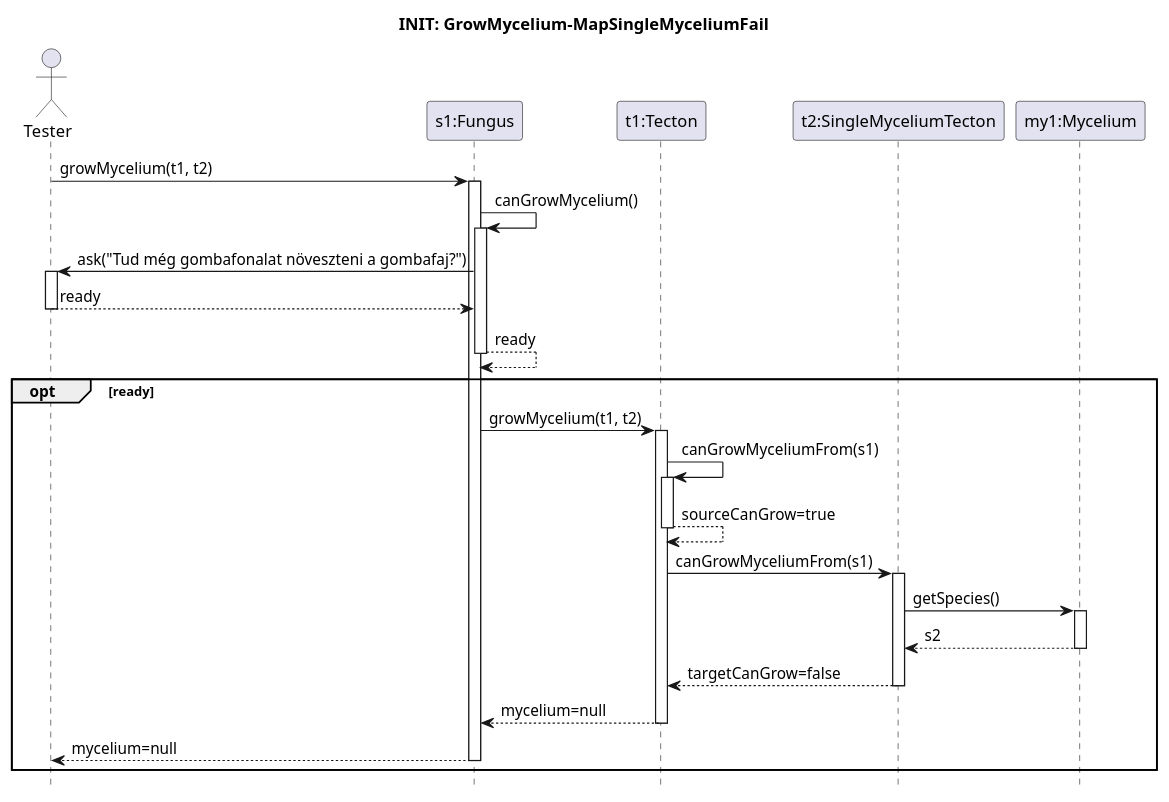
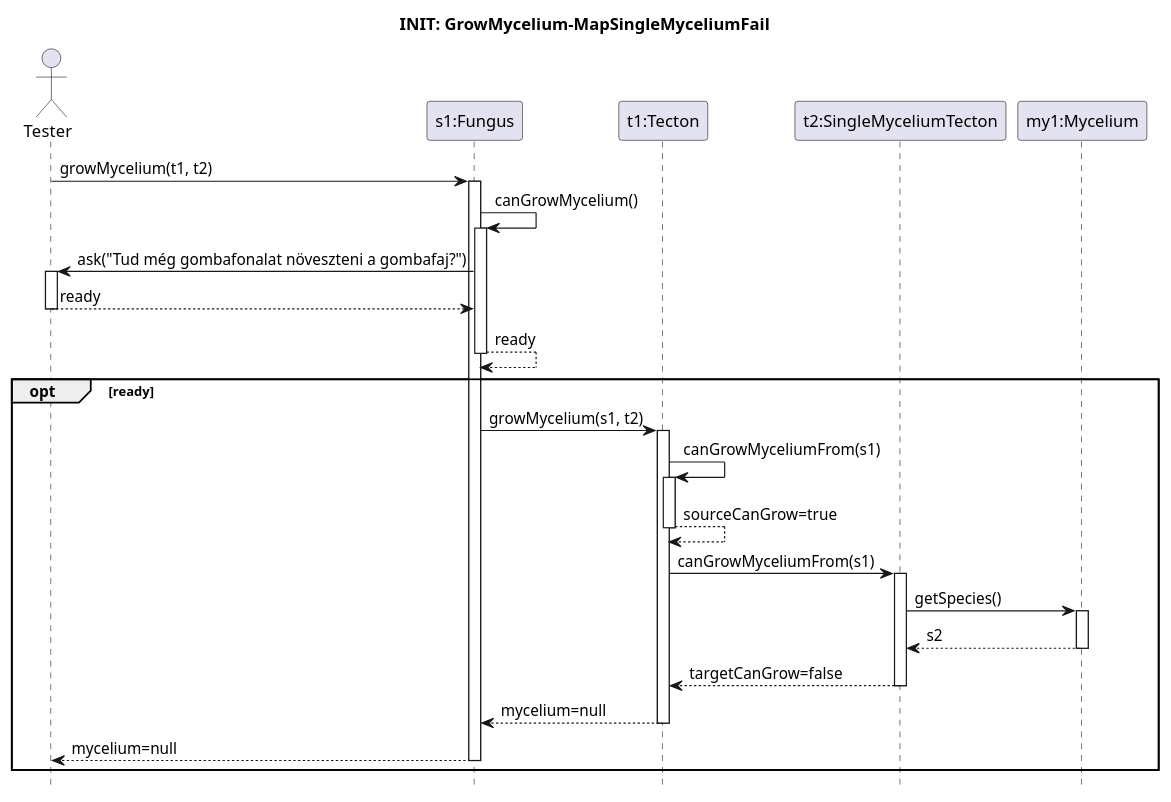
Before and after one commit to ZD4ve/projlab-error521: the diagram in Skeleton/Grow-mycelium/singlemycelium-fail.puml, drawn with PlantUML. The commit also changed 2 other files, not shown here.

```diff
--- a/Skeleton/Grow-mycelium/singlemycelium-fail.puml
+++ b/Skeleton/Grow-mycelium/singlemycelium-fail.puml
@@ -1,44 +1,44 @@
 @startuml grow-mycelium-success
 hide footbox
 
 title INIT: GrowMycelium-MapSingleMyceliumFail
 
 actor Tester
 participant "s1:Fungus" as species
 participant "t1:Tecton" as source
 participant "t2:SingleMyceliumTecton" as target
 participant "my1:Mycelium" as my1
 
 Tester -> species : growMycelium(t1, t2)
 activate species
 
 species -> species : canGrowMycelium()
 activate species
 
 Tester <- species : ask("Tud még gombafonalat növeszteni a gombafaj?")
 activate Tester
 return ready
 
 return ready
 
 opt ready
 
-    species -> source : growMycelium(t1, t2)
+    species -> source : growMycelium(s1, t2)
     activate source
         source -> source : canGrowMyceliumFrom(s1)
         activate source
         return sourceCanGrow=true
 
         source -> target : canGrowMyceliumFrom(s1)
         activate target
         target -> my1 : getSpecies()
         activate my1
         return s2
         return targetCanGrow=false
 
         return mycelium=null
 
     return mycelium=null
 end
 
 @enduml
```
